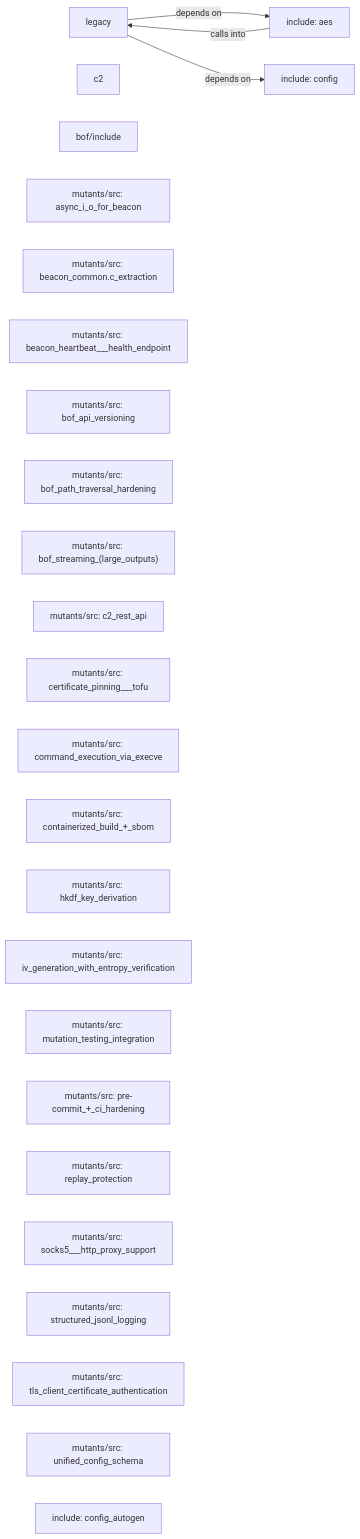
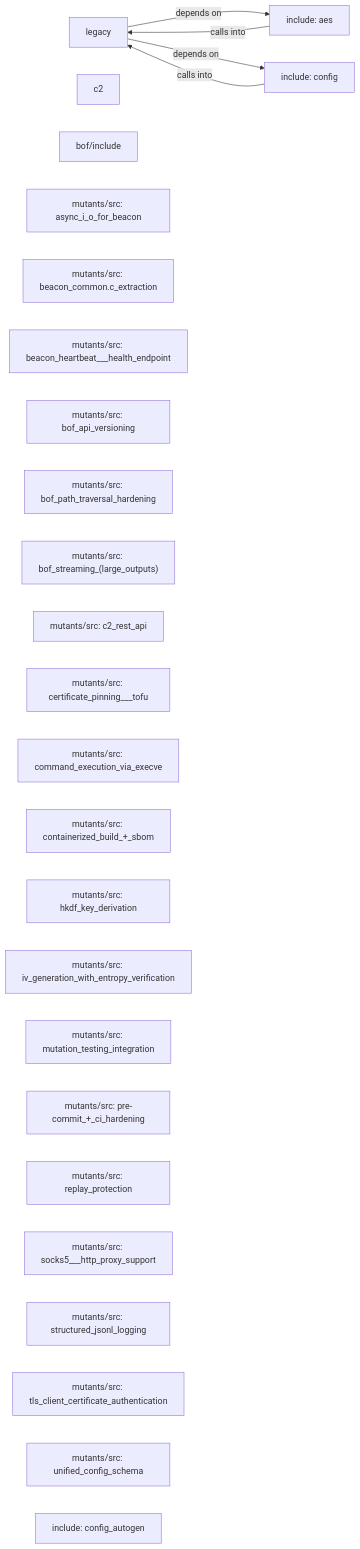
One commit to grisuno/blacksandbeacon changed the diagram in readmenator-maps/md/readmenator-diagrams/overview.md. Above: the diagram before and after it, drawn with Mermaid. The commit also changed other lines of this file and 119 other files, not shown here.

````diff
--- a/readmenator-maps/md/readmenator-diagrams/overview.md
+++ b/readmenator-maps/md/readmenator-diagrams/overview.md
@@ -1,35 +1,36 @@
 ```mermaid
 graph LR
     legacy["legacy"]
     c2["c2"]
     bof_include["bof/include"]
     include_aes["include: aes"]
     include_config["include: config"]
     mutants_src_async_i_o_for_beacon["mutants/src: async_i_o_for_beacon"]
     mutants_src_beacon_common_c_extraction["mutants/src: beacon_common.c_extraction"]
     mutants_src_beacon_heartbeat___health_endpoint["mutants/src: beacon_heartbeat___health_endpoint"]
     mutants_src_bof_api_versioning["mutants/src: bof_api_versioning"]
     mutants_src_bof_path_traversal_hardening["mutants/src: bof_path_traversal_hardening"]
     mutants_src_bof_streaming__large_outputs_["mutants/src: bof_streaming_(large_outputs)"]
     mutants_src_c2_rest_api["mutants/src: c2_rest_api"]
     mutants_src_certificate_pinning___tofu["mutants/src: certificate_pinning___tofu"]
     mutants_src_command_execution_via_execve["mutants/src: command_execution_via_execve"]
     mutants_src_containerized_build___sbom["mutants/src: containerized_build_+_sbom"]
     mutants_src_hkdf_key_derivation["mutants/src: hkdf_key_derivation"]
     mutants_src_iv_generation_with_entropy_verification["mutants/src: iv_generation_with_entropy_verification"]
     mutants_src_mutation_testing_integration["mutants/src: mutation_testing_integration"]
     mutants_src_pre_commit___ci_hardening["mutants/src: pre-commit_+_ci_hardening"]
     mutants_src_replay_protection["mutants/src: replay_protection"]
     mutants_src_socks5___http_proxy_support["mutants/src: socks5___http_proxy_support"]
     mutants_src_structured_jsonl_logging["mutants/src: structured_jsonl_logging"]
     mutants_src_tls_client_certificate_authentication["mutants/src: tls_client_certificate_authentication"]
     mutants_src_unified_config_schema["mutants/src: unified_config_schema"]
     include_config_autogen["include: config_autogen"]
     legacy -- "depends on" --> include_aes
     legacy -- "depends on" --> include_config
     include_aes -- "calls into" --> legacy
+    include_config -- "calls into" --> legacy
     click legacy href "./legacy.md" "Details"
     click c2 href "./c2.md" "Details"
     click include_aes href "./include_aes.md" "Details"
     click include_config href "./include_config.md" "Details"
 ```
````
